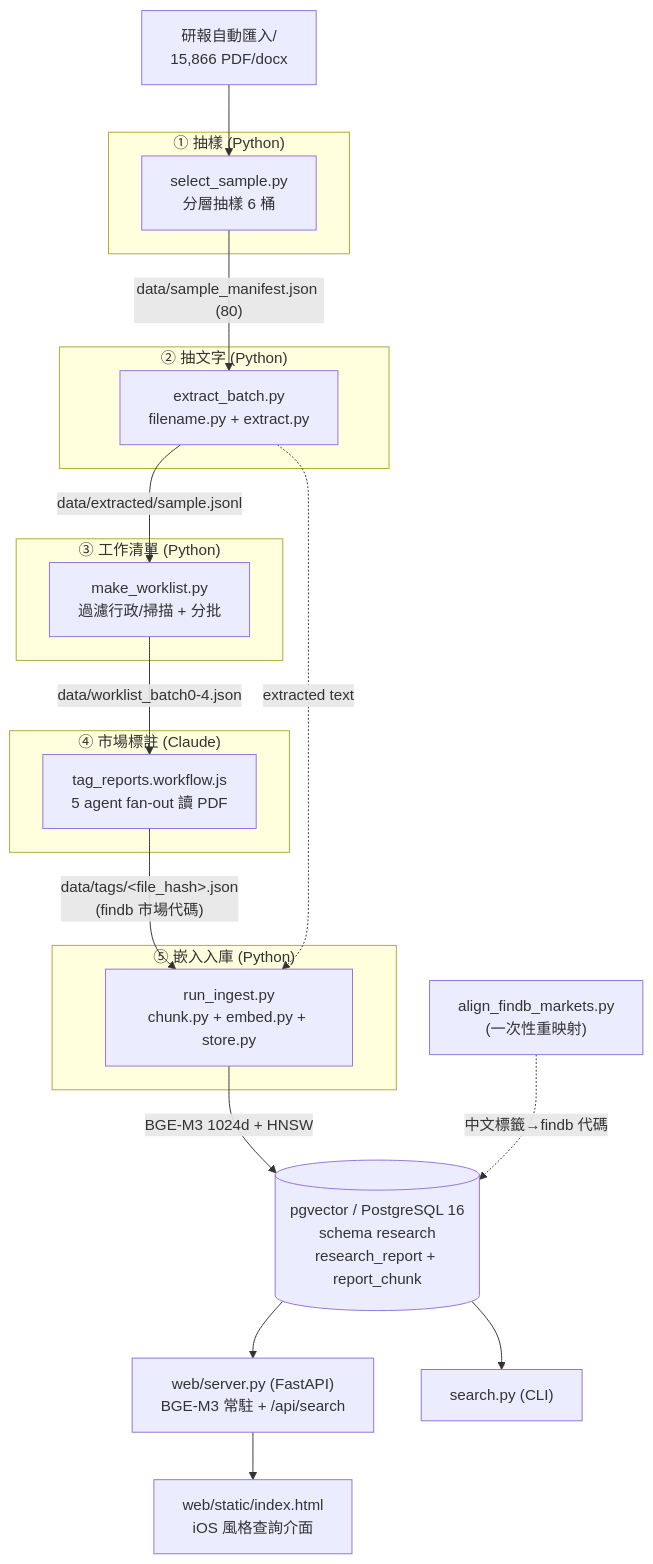
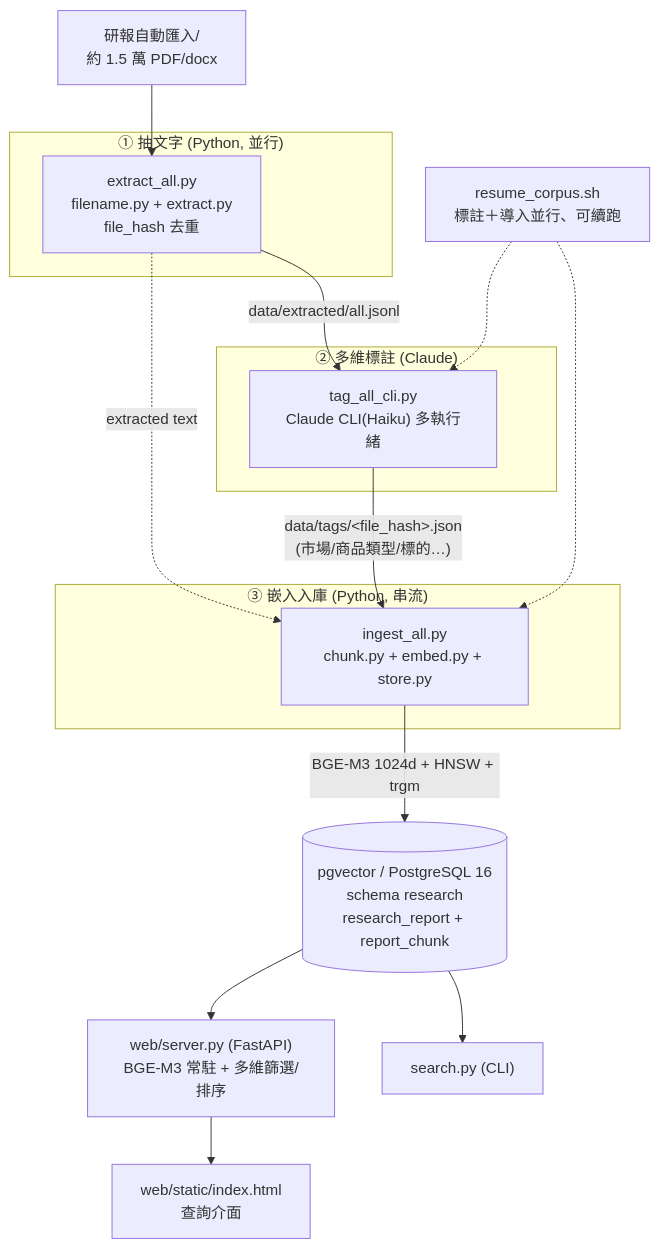
The diagram in docs/WORKFLOW.md (FPI-TW/report-research), drawn with Mermaid before and after one commit. The commit also changed other lines of this file and 1 other file, not shown here.

First line of the commit message:
docs: refresh pipeline docs to full-corpus production flow

````diff
--- a/docs/WORKFLOW.md
+++ b/docs/WORKFLOW.md
@@ -11,36 +13,29 @@
 ```mermaid
 flowchart TD
-    SRC["研報自動匯入/<br/>15,866 PDF/docx"]
+    SRC["研報自動匯入/<br/>約 1.5 萬 PDF/docx"]
 
-    subgraph PY1["① 抽樣 (Python)"]
-      SS["select_sample.py<br/>分層抽樣 6 桶"]
+    subgraph PY1["① 抽文字 (Python, 並行)"]
+      EX["extract_all.py<br/>filename.py + extract.py<br/>file_hash 去重"]
     end
-    subgraph PY2["② 抽文字 (Python)"]
-      EX["extract_batch.py<br/>filename.py + extract.py"]
+    subgraph CL["② 多維標註 (Claude)"]
+      TG["tag_all_cli.py<br/>Claude CLI(Haiku) 多執行緒"]
     end
-    subgraph PY3["③ 工作清單 (Python)"]
-      WL["make_worklist.py<br/>過濾行政/掃描 + 分批"]
-    end
-    subgraph CL["④ 市場標註 (Claude)"]
-      TG["tag_reports.workflow.js<br/>5 agent fan-out 讀 PDF"]
-    end
-    subgraph PY4["⑤ 嵌入入庫 (Python)"]
-      IN["run_ingest.py<br/>chunk.py + embed.py + store.py"]
+    subgraph PY3["③ 嵌入入庫 (Python, 串流)"]
+      IN["ingest_all.py<br/>chunk.py + embed.py + store.py"]
     end
 
     DB[("pgvector / PostgreSQL 16<br/>schema research<br/>research_report + report_chunk")]
 
-    SRC --> SS
-    SS -->|"data/sample_manifest.json (80)"| EX
-    EX -->|"data/extracted/sample.jsonl"| WL
-    WL -->|"data/worklist_batch0-4.json"| TG
-    TG -->|"data/tags/&lt;file_hash&gt;.json<br/>(findb 市場代碼)"| IN
+    SRC --> EX
+    EX -->|"data/extracted/all.jsonl"| TG
     EX -.->|"extracted text"| IN
-    IN -->|"BGE-M3 1024d + HNSW"| DB
+    TG -->|"data/tags/&lt;file_hash&gt;.json<br/>(市場/商品類型/標的…)"| IN
+    IN -->|"BGE-M3 1024d + HNSW + trgm"| DB
 
-    DB --> WEB["web/server.py (FastAPI)<br/>BGE-M3 常駐 + /api/search"]
+    ORC["resume_corpus.sh<br/>標註＋導入並行、可續跑"] -.-> TG
+    ORC -.-> IN
+
+    DB --> WEB["web/server.py (FastAPI)<br/>BGE-M3 常駐 + 多維篩選/排序"]
     DB --> CLI["search.py (CLI)"]
-    WEB --> UI["web/static/index.html<br/>iOS 風格查詢介面"]
-
-    ALN["align_findb_markets.py<br/>(一次性重映射)"] -.->|"中文標籤→findb 代碼"| DB
+    WEB --> UI["web/static/index.html<br/>查詢介面"]
 ```
````
